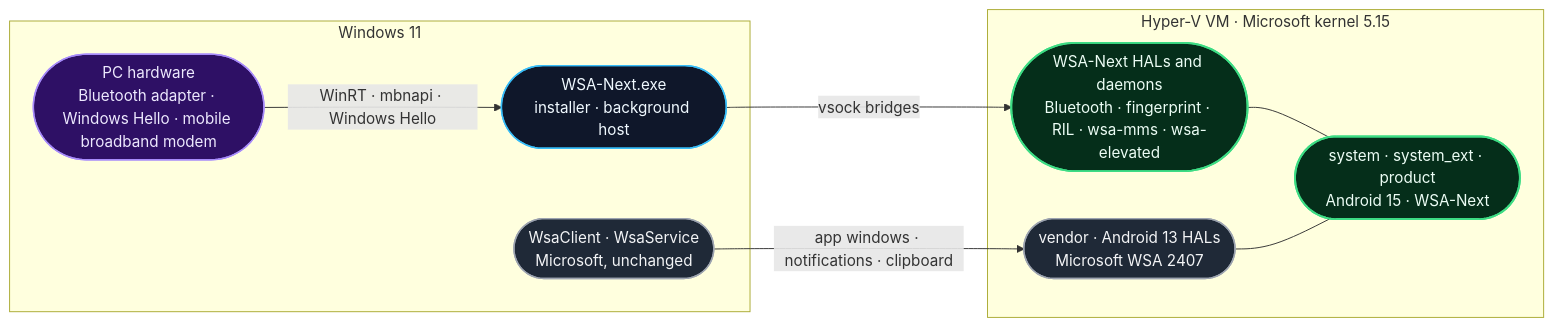
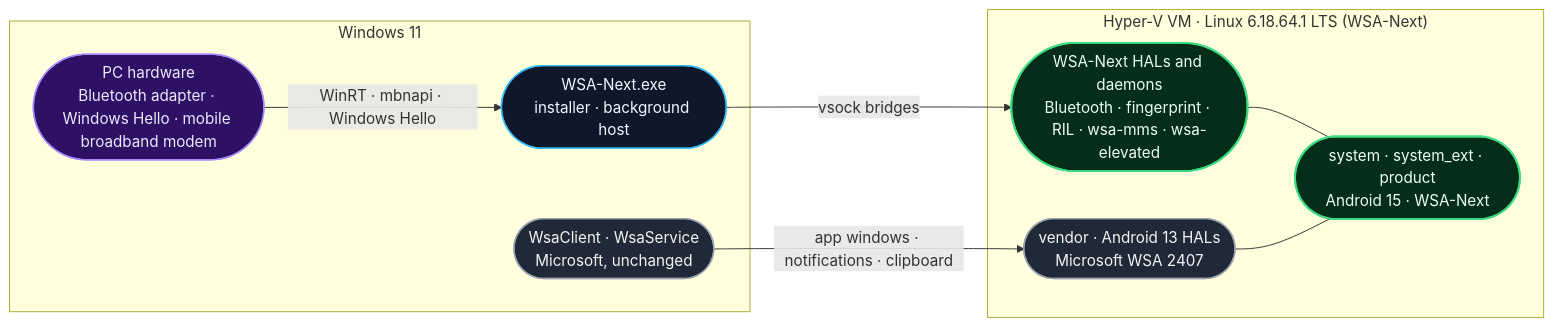
The fourth of 6 diagrams in README.md (wesmar/wsa-next), drawn with Mermaid before and after one commit. The commit also changed other lines of this file and 4 other files, not shown here.

Commit message:
Migrate WSA-Next kernel to Linux 6.18.64.1 LTS (linux-msft-wsl-6.18.y + ACK ports)

````diff
--- a/README.md
+++ b/README.md
@@ -447,24 +448,24 @@
 ```mermaid
 %%{init: {"flowchart": {"curve": "basis"}} }%%
 flowchart LR
     classDef win fill:#0f172a,stroke:#38bdf8,stroke-width:1.5px,color:#f0f9ff
     classDef ms fill:#1f2937,stroke:#9ca3af,stroke-width:1.5px,color:#f3f4f6
     classDef droid fill:#052e1a,stroke:#3ddc84,stroke-width:2px,color:#ecfdf5
     classDef hw fill:#2e1065,stroke:#a78bfa,stroke-width:1.5px,color:#ede9fe
 
     subgraph WIN["Windows 11"]
         HW(["PC hardware<br/>Bluetooth adapter · Windows Hello · mobile broadband modem"]):::hw
         EXE(["WSA-Next.exe<br/>installer · background host"]):::win
         CLIENT(["WsaClient · WsaService<br/>Microsoft, unchanged"]):::ms
     end
-    subgraph VM["Hyper-V VM · Microsoft kernel 5.15"]
+    subgraph VM["Hyper-V VM · Linux 6.18.64.1 LTS (WSA-Next)"]
         SYS(["system · system_ext · product<br/>Android 15 · WSA-Next"]):::droid
         HALS(["WSA-Next HALs and daemons<br/>Bluetooth · fingerprint · RIL · wsa-mms · wsa-elevated"]):::droid
         VEN(["vendor · Android 13 HALs<br/>Microsoft WSA 2407"]):::ms
     end
     HW -->|"WinRT · mbnapi · Windows Hello"| EXE
     EXE -->|"vsock bridges"| HALS
     CLIENT -->|"app windows · notifications · clipboard"| VEN
     HALS --- SYS
     VEN --- SYS
 ```
````
